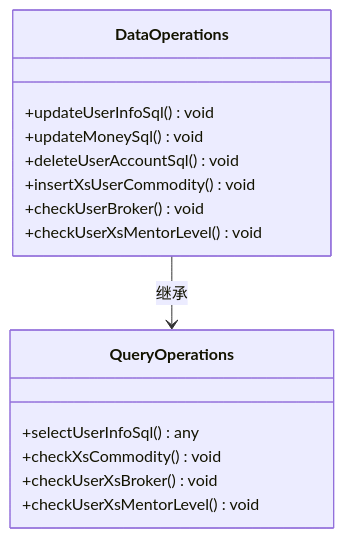
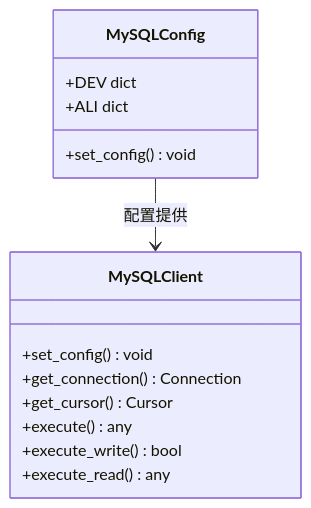
Before and after one commit to liximing1-ola/qa-payTest: the sixth of 16 diagrams in .qoder/repowiki/zh/content/数据库管理/MySQL连接管理.md, drawn with Mermaid. The commit also changed other lines of this file and 6 other files, not shown here.

````diff
--- a/.qoder/repowiki/zh/content/数据库管理/MySQL连接管理.md
+++ b/.qoder/repowiki/zh/content/数据库管理/MySQL连接管理.md
@@ -263,18 +262,17 @@
 ```mermaid
 classDiagram
-class DataOperations {
-+updateUserInfoSql() void
-+updateMoneySql() void
-+deleteUserAccountSql() void
-+insertXsUserCommodity() void
-+checkUserBroker() void
-+checkUserXsMentorLevel() void
+class MySQLConfig {
++DEV dict
++ALI dict
++set_config() void
 }
-class QueryOperations {
-+selectUserInfoSql() any
-+checkXsCommodity() void
-+checkUserXsBroker() void
-+checkUserXsMentorLevel() void
+class MySQLClient {
++set_config() void
++get_connection() Connection
++get_cursor() Cursor
++execute() any
++execute_write() bool
++execute_read() any
 }
-DataOperations --> QueryOperations : 继承
+MySQLConfig --> MySQLClient : 配置提供
 ```
````
